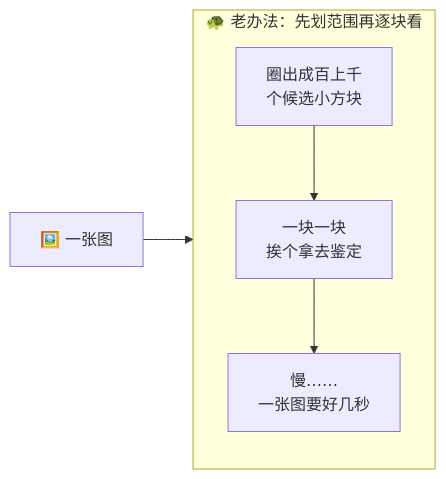
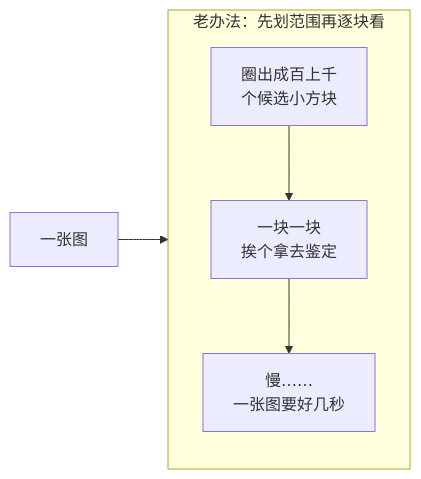
Before and after one commit to luckykhy/KhyAiHub: the first of 7 diagrams in docs/02_CONCEPTS_概念入门/CONCEPT/[CONCEPT-17] 什么是YOLO-实时目标检测.md, drawn with Mermaid. The commit also changed other lines of this file and 19 other files, not shown here.

````diff
--- a/docs/02_CONCEPTS_概念入门/CONCEPT/[CONCEPT-17] 什么是YOLO-实时目标检测.md
+++ b/docs/02_CONCEPTS_概念入门/CONCEPT/[CONCEPT-17] 什么是YOLO-实时目标检测.md
@@ -37,8 +37,8 @@
 ```mermaid
 flowchart LR
-  IMG["🖼️ 一张图"] --> OLD["🐢 老办法（磨叽）"]
-  subgraph OLD["🐢 老办法：先划范围再逐块看"]
+  IMG["一张图"] --> OLD["老办法（磨叽）"]
+  subgraph OLD["老办法：先划范围再逐块看"]
     O1["圈出成百上千<br/>个候选小方块"] --> O2["一块一块<br/>挨个拿去鉴定"]
     O2 --> O3["慢……<br/>一张图要好几秒"]
   end
 ```
````
